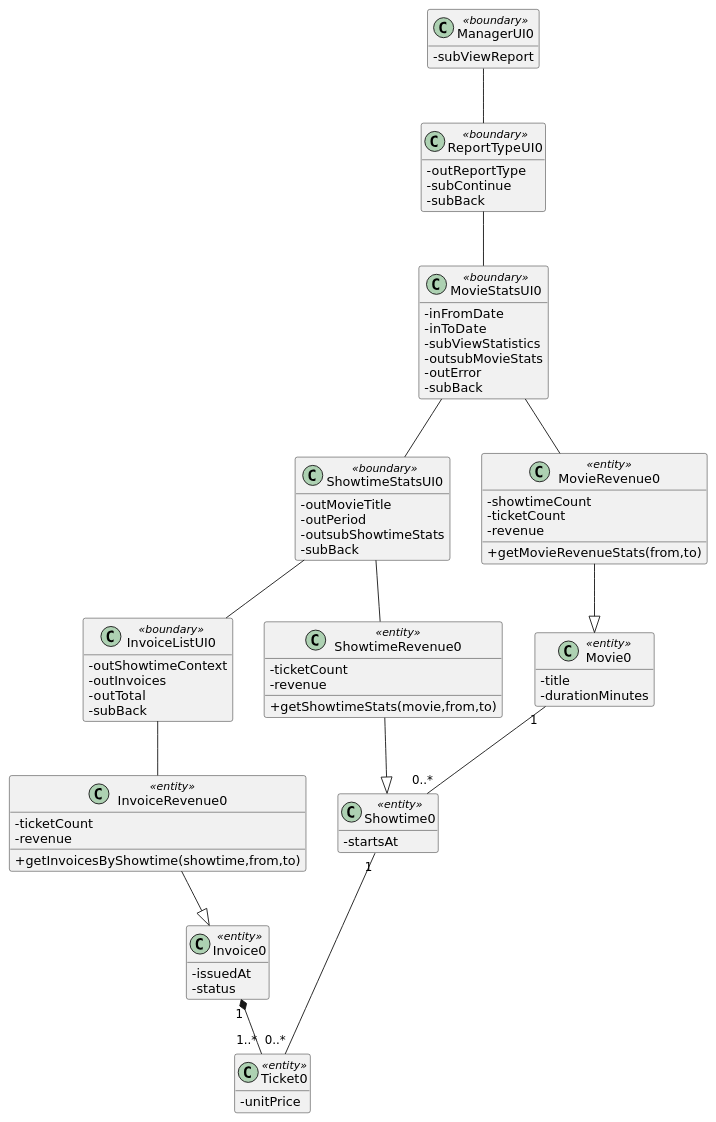
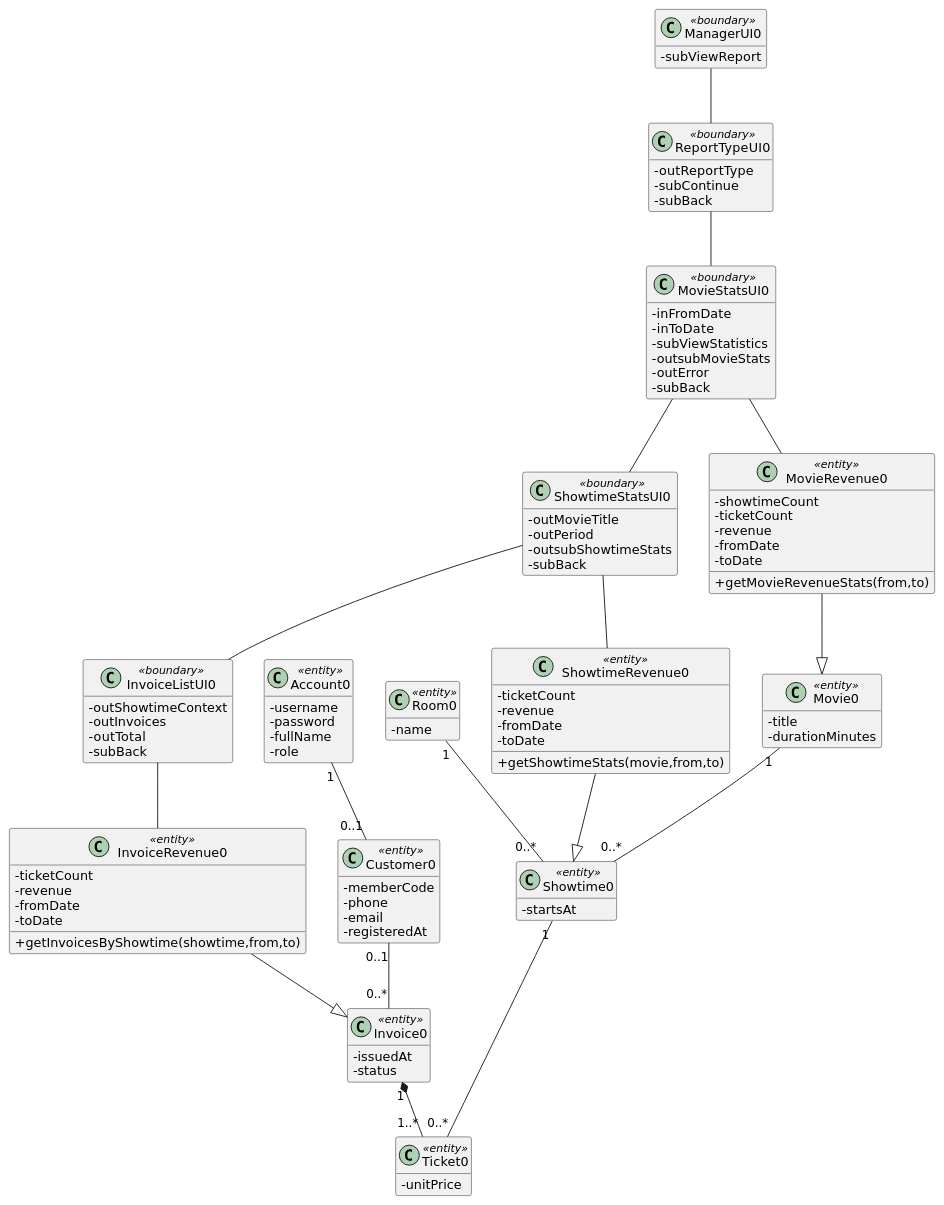
The diagram in uml/phan-tich/04-revenue-analysis.puml (tinhatinh/PTTK), drawn with PlantUML before and after one commit. The commit also changed 97 other files, not shown here.

Commit message:
Finalize CineMan analysis design diagrams and report

```diff
--- a/uml/phan-tich/04-revenue-analysis.puml
+++ b/uml/phan-tich/04-revenue-analysis.puml
@@ -1,77 +1,101 @@
 @startuml 04-revenue-analysis
 skinparam defaultFontName DejaVu Sans
 skinparam shadowing false
 skinparam classAttributeIconSize 0
 hide empty members
 class ManagerUI0 <<boundary>> {
  -subViewReport
 }
 class ReportTypeUI0 <<boundary>> {
  -outReportType
  -subContinue
  -subBack
 }
 class MovieStatsUI0 <<boundary>> {
  -inFromDate
  -inToDate
  -subViewStatistics
  -outsubMovieStats
  -outError
  -subBack
 }
 class ShowtimeStatsUI0 <<boundary>> {
  -outMovieTitle
  -outPeriod
  -outsubShowtimeStats
  -subBack
 }
 class InvoiceListUI0 <<boundary>> {
  -outShowtimeContext
  -outInvoices
  -outTotal
  -subBack
 }
+class Account0 <<entity>> {
+ -username
+ -password
+ -fullName
+ -role
+}
+class Customer0 <<entity>> {
+ -memberCode
+ -phone
+ -email
+ -registeredAt
+}
 class Movie0 <<entity>> {
  -title
  -durationMinutes
+}
+class Room0 <<entity>> {
+ -name
 }
 class Showtime0 <<entity>> {
  -startsAt
 }
 class Invoice0 <<entity>> {
  -issuedAt
  -status
 }
 class Ticket0 <<entity>> {
  -unitPrice
 }
 class MovieRevenue0 <<entity>> {
  -showtimeCount
  -ticketCount
  -revenue
+ -fromDate
+ -toDate
  +getMovieRevenueStats(from,to)
 }
 class ShowtimeRevenue0 <<entity>> {
  -ticketCount
  -revenue
+ -fromDate
+ -toDate
  +getShowtimeStats(movie,from,to)
 }
 class InvoiceRevenue0 <<entity>> {
  -ticketCount
  -revenue
+ -fromDate
+ -toDate
  +getInvoicesByShowtime(showtime,from,to)
 }
+Account0 "1" -- "0..1" Customer0
+Customer0 "0..1" -- "0..*" Invoice0
 Movie0 "1" -- "0..*" Showtime0
+Room0 "1" -- "0..*" Showtime0
 Invoice0 "1" *-- "1..*" Ticket0
 Showtime0 "1" -- "0..*" Ticket0
 MovieRevenue0 --|> Movie0
 ShowtimeRevenue0 --|> Showtime0
 InvoiceRevenue0 --|> Invoice0
 ManagerUI0 -- ReportTypeUI0
 ReportTypeUI0 -- MovieStatsUI0
 MovieStatsUI0 -- ShowtimeStatsUI0
 ShowtimeStatsUI0 -- InvoiceListUI0
 MovieStatsUI0 -- MovieRevenue0
 ShowtimeStatsUI0 -- ShowtimeRevenue0
 InvoiceListUI0 -- InvoiceRevenue0
 @enduml
```
